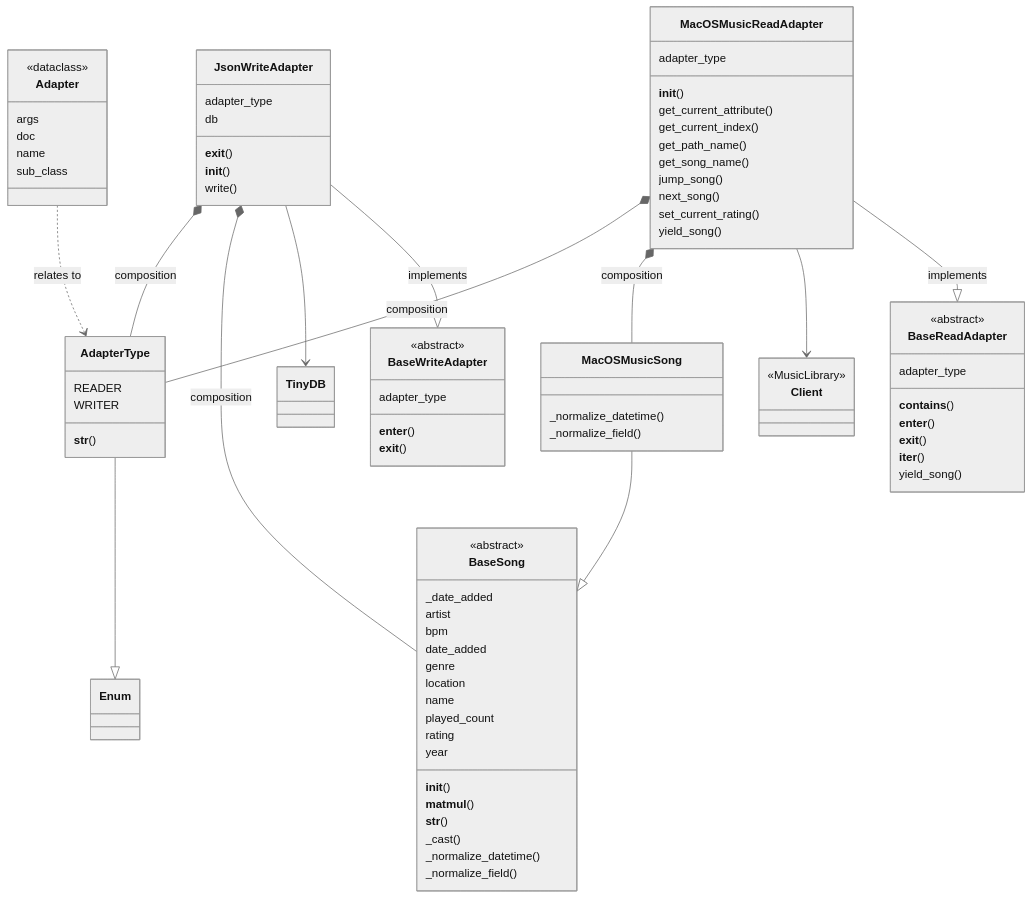
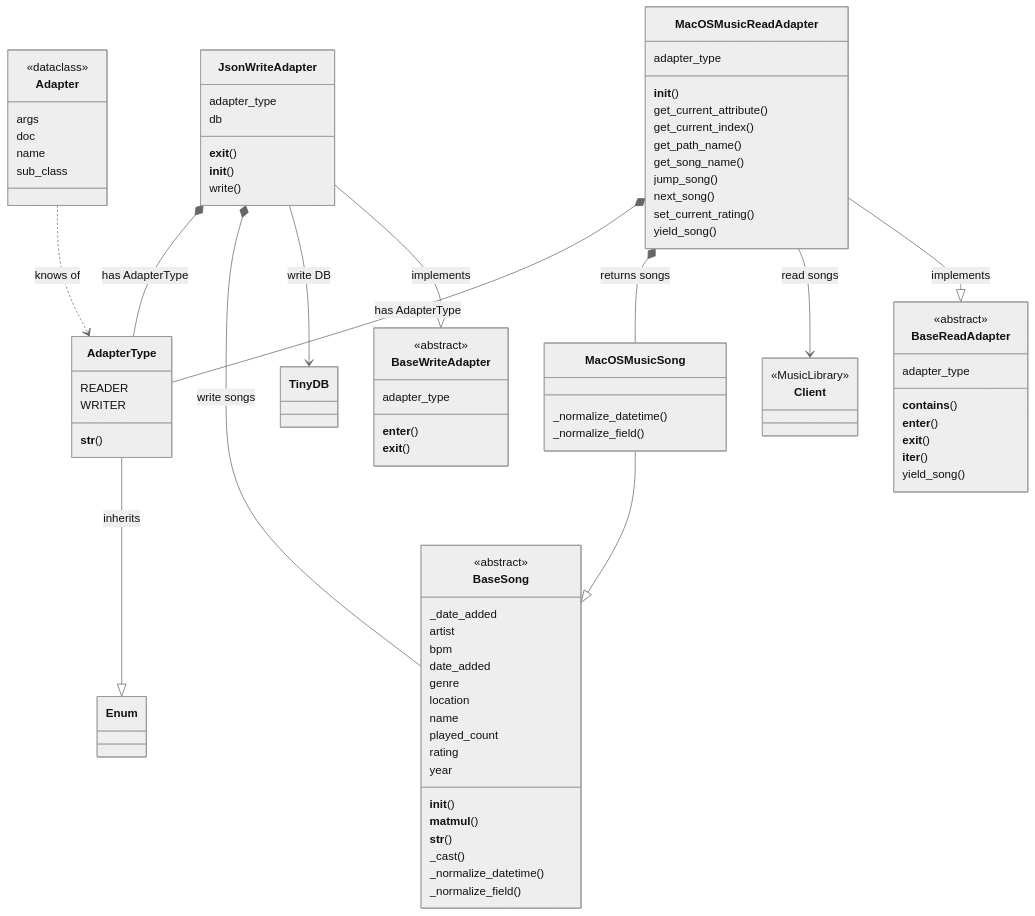
Before and after one commit to engdan77/music_meta_manager: the second of 2 diagrams in README.md, drawn with Mermaid. The commit also changed other lines of this file, not shown here.

````diff
--- a/README.md
+++ b/README.md
@@ -93,7 +145,6 @@
   _normalize_datetime()
   _normalize_field()
 }
-
 
 %% Classes related to "services" using songs
 class BaseReadAdapter {
@@ -157,19 +208,18 @@
 <<MusicLibrary>>
  }
 
+%% Relationships
+AdapterType --|> Enum : inherits
+Adapter ..> AdapterType : knows of
 
-%% Relationships
-AdapterType --|> Enum
-Adapter ..> AdapterType : relates to
-
-JsonWriteAdapter *-- AdapterType : composition
-JsonWriteAdapter *-- BaseSong : composition
-JsonWriteAdapter --> TinyDB 
+JsonWriteAdapter *-- AdapterType : has AdapterType
+JsonWriteAdapter *-- BaseSong : write songs
+JsonWriteAdapter --> TinyDB : write DB
 JsonWriteAdapter --|> BaseWriteAdapter : implements
 
 MacOSMusicSong --|> BaseSong
-MacOSMusicReadAdapter *-- AdapterType : composition
-MacOSMusicReadAdapter *-- MacOSMusicSong : composition
-MacOSMusicReadAdapter --> Client
+MacOSMusicReadAdapter *-- AdapterType : has AdapterType
+MacOSMusicReadAdapter *-- MacOSMusicSong : returns songs
+MacOSMusicReadAdapter --> Client : read songs
 MacOSMusicReadAdapter --|> BaseReadAdapter : implements
 ```
````
